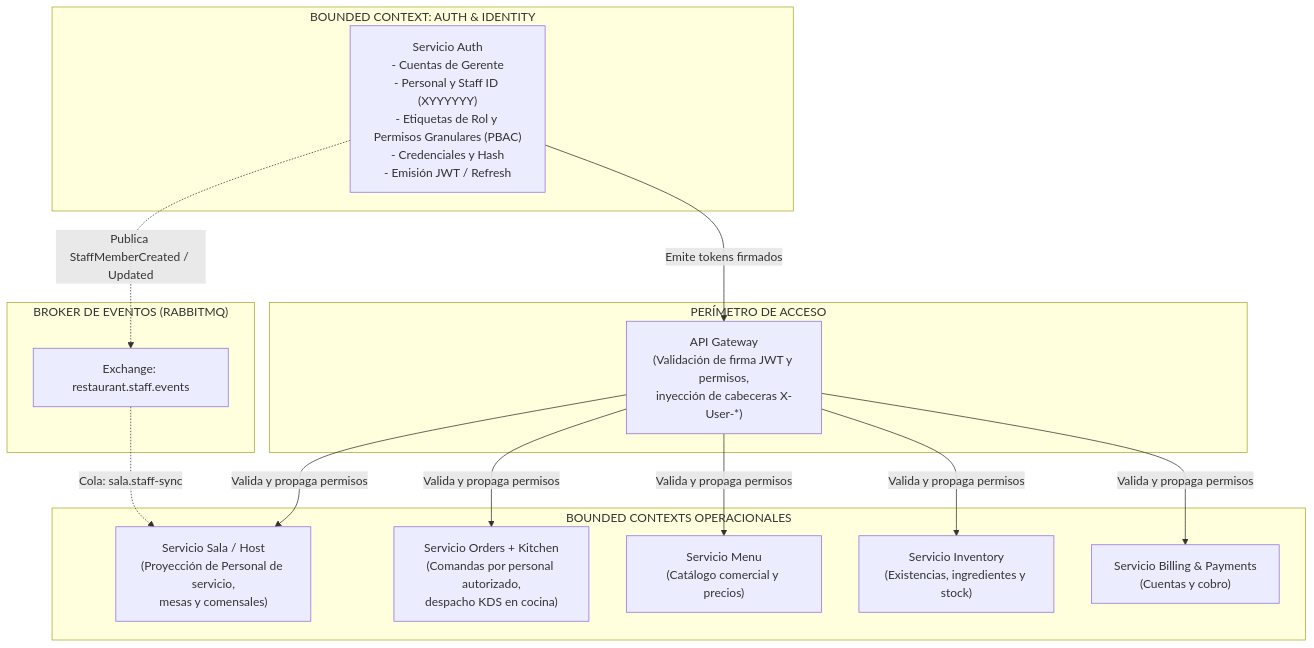
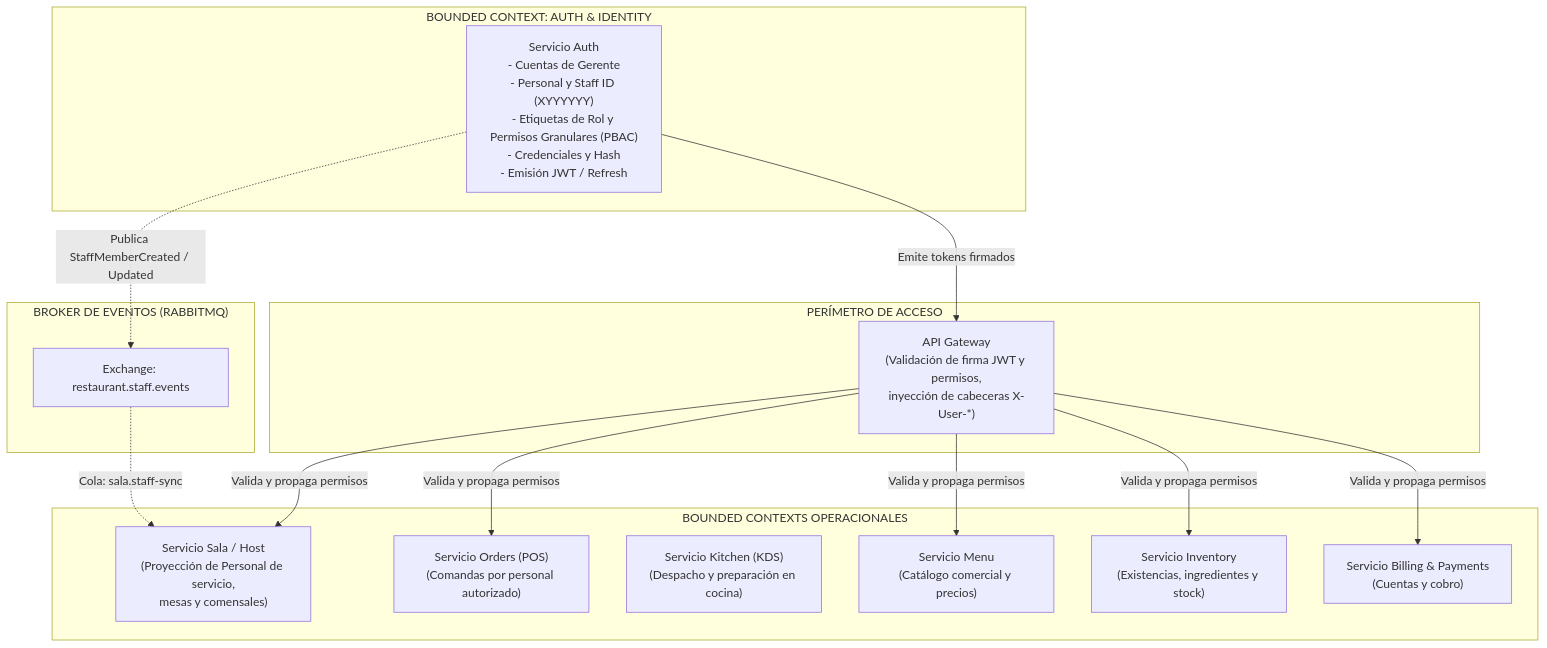
One commit to FMAT-Restaurant/Auth-Documentation changed the first of 2 diagrams in output/ers/context.md. Above: the diagram before and after it, drawn with Mermaid. The commit also changed other lines of this file and 4 other files, not shown here.

Commit message:
docs(ers): alinear especificacion con implementacion actual (PBAC /staff, HS256, Kitchen KDS y prefijos Staff ID)

````diff
--- a/output/ers/context.md
+++ b/output/ers/context.md
@@ -30,32 +30,33 @@
 ```mermaid
 flowchart TD
     subgraph Dominio_Auth["BOUNDED CONTEXT: AUTH & IDENTITY"]
         AuthService["Servicio Auth<br/>- Cuentas de Gerente<br/>- Personal y Staff ID (XYYYYYY)<br/>- Etiquetas de Rol y Permisos Granulares (PBAC)<br/>- Credenciales y Hash<br/>- Emisión JWT / Refresh"]
     end
 
     subgraph Perimetro["PERÍMETRO DE ACCESO"]
         Gateway["API Gateway<br/>(Validación de firma JWT y permisos,<br/>inyección de cabeceras X-User-*)"]
     end
 
     subgraph Dominio_Operativo["BOUNDED CONTEXTS OPERACIONALES"]
         Sala["Servicio Sala / Host<br/>(Proyección de Personal de servicio,<br/>mesas y comensales)"]
-        Orders["Servicio Orders + Kitchen<br/>(Comandas por personal autorizado,<br/>despacho KDS en cocina)"]
+        Orders["Servicio Orders (POS)<br/>(Comandas por personal autorizado)"]
+        Kitchen["Servicio Kitchen (KDS)<br/>(Despacho y preparación en cocina)"]
         Menu["Servicio Menu<br/>(Catálogo comercial y precios)"]
         Inventory["Servicio Inventory<br/>(Existencias, ingredientes y stock)"]
         Billing["Servicio Billing & Payments<br/>(Cuentas y cobro)"]
     end
 
     subgraph Mensajeria["BROKER DE EVENTOS (RABBITMQ)"]
         Rabbit["Exchange: restaurant.staff.events"]
     end
 
     AuthService -->|"Emite tokens firmados"| Gateway
     Gateway -->|"Valida y propaga permisos"| Sala
     Gateway -->|"Valida y propaga permisos"| Orders
     Gateway -->|"Valida y propaga permisos"| Menu
     Gateway -->|"Valida y propaga permisos"| Inventory
     Gateway -->|"Valida y propaga permisos"| Billing
 
     AuthService -.->|"Publica StaffMemberCreated / Updated"| Rabbit
     Rabbit -.->|"Cola: sala.staff-sync"| Sala
 ```
````
